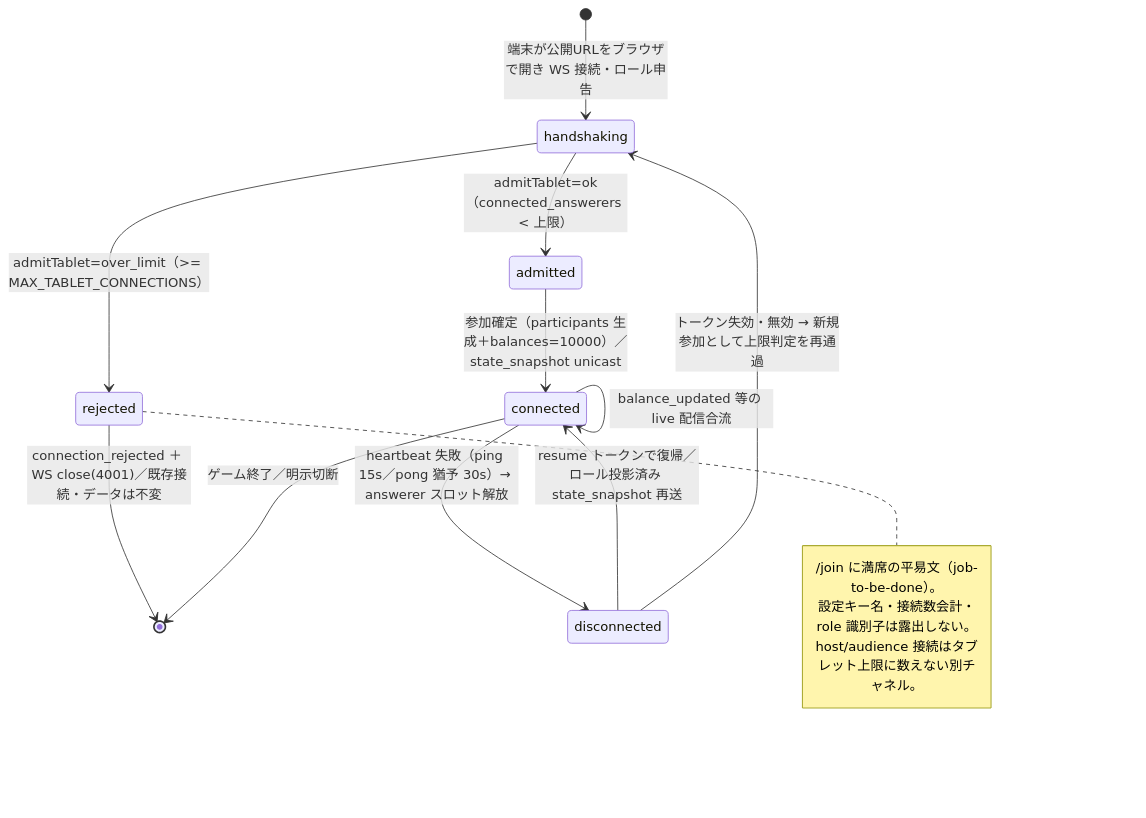
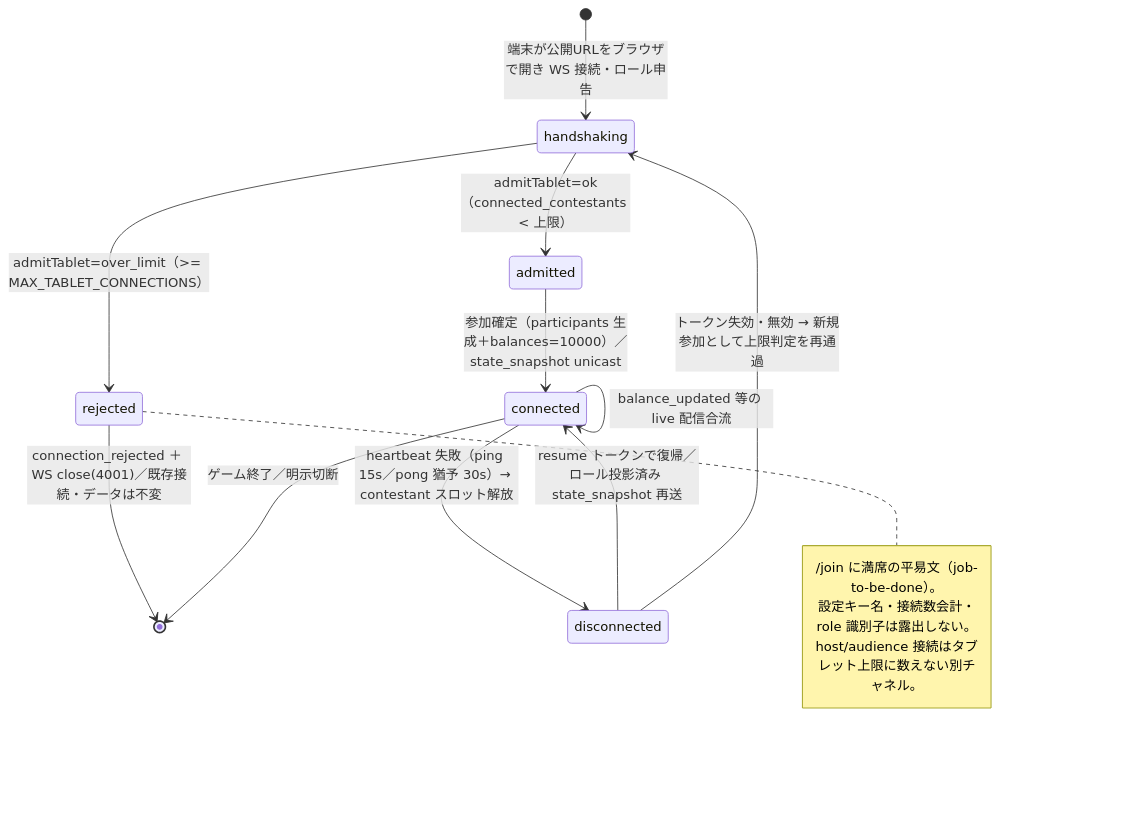
Before and after one commit to akAredminEogre/save-money-switcher: the fifth of 5 diagrams in docs/detailed_design/state_machines.md, drawn with Mermaid. The commit also changed other lines of this file and 70 other files, not shown here.

First line of the commit message:
refactor(cmd_2553): ロール識別子 answerer を contestant へ改名（PR#3 殿レビュー対応）

````diff
--- a/docs/detailed_design/state_machines.md
+++ b/docs/detailed_design/state_machines.md
@@ -672,20 +672,20 @@
 ```mermaid
 stateDiagram-v2
     [*] --> handshaking : 端末が公開URLをブラウザで開き WS 接続・ロール申告
-    handshaking --> admitted : admitTablet=ok（connected_answerers < 上限）
+    handshaking --> admitted : admitTablet=ok（connected_contestants < 上限）
     handshaking --> rejected : admitTablet=over_limit（>= MAX_TABLET_CONNECTIONS）
     rejected --> [*] : connection_rejected ＋ WS close(4001)／既存接続・データは不変
 
     admitted --> connected : 参加確定（participants 生成＋balances=10000）／state_snapshot unicast
     connected --> connected : balance_updated 等の live 配信合流
-    connected --> disconnected : heartbeat 失敗（ping 15s／pong 猶予 30s）→ answerer スロット解放
+    connected --> disconnected : heartbeat 失敗（ping 15s／pong 猶予 30s）→ contestant スロット解放
     disconnected --> connected : resume トークンで復帰／ロール投影済み state_snapshot 再送
     disconnected --> handshaking : トークン失効・無効 → 新規参加として上限判定を再通過
     connected --> [*] : ゲーム終了／明示切断
 
     note right of rejected
       /join に満席の平易文（job-to-be-done）。
       設定キー名・接続数会計・role 識別子は露出しない。
       host/audience 接続はタブレット上限に数えない別チャネル。
     end note
 ```
````
